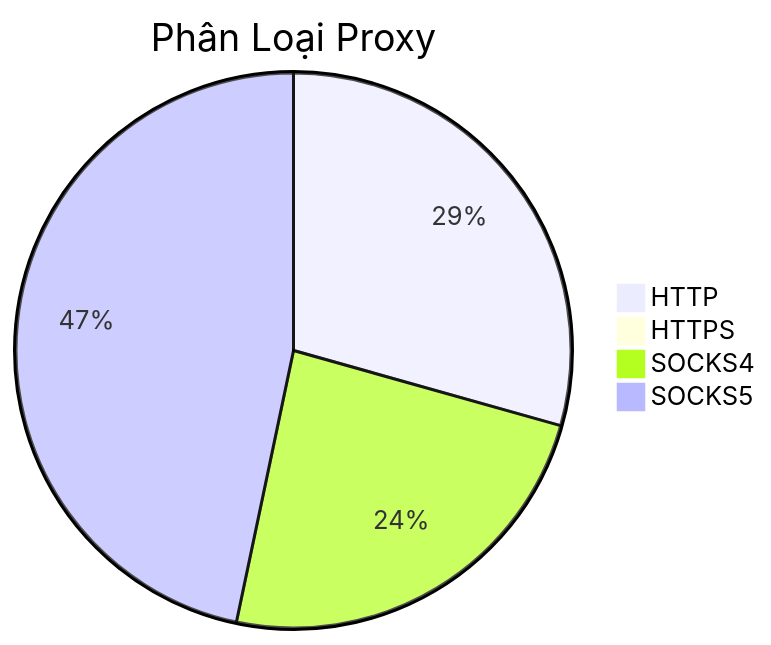
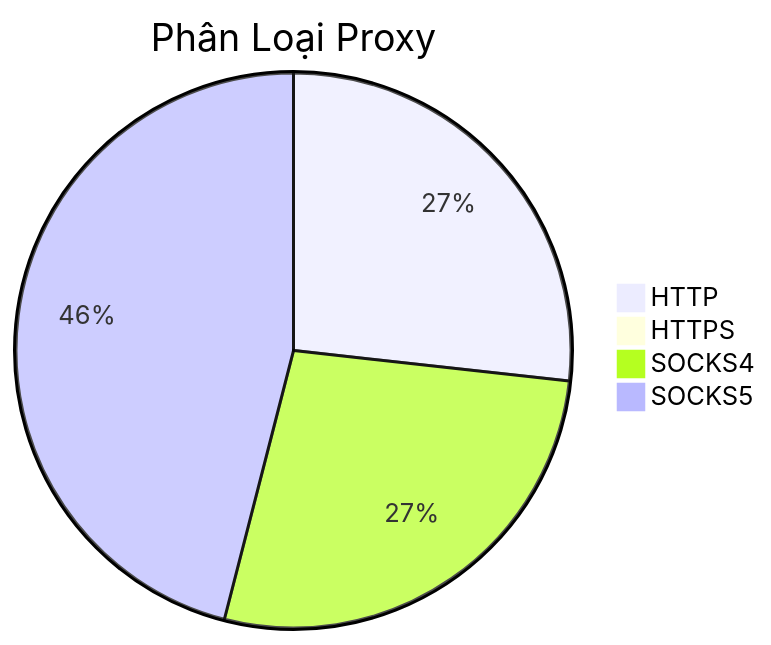
Before and after one commit to Ciara-Aa/PROXY-free: the diagram in README.md, drawn with Mermaid. The commit also changed other lines of this file and 4 other files, not shown here.

````diff
--- a/README.md
+++ b/README.md
@@ -26,7 +26,7 @@
 ```mermaid
 pie title Phân Loại Proxy
-    "HTTP" : 227
+    "HTTP" : 217
     "HTTPS" : 1
-    "SOCKS4" : 185
-    "SOCKS5" : 361
+    "SOCKS4" : 221
+    "SOCKS5" : 373
 ```
````
